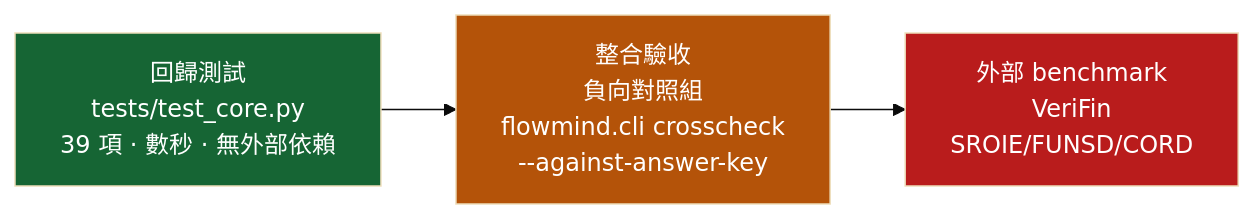
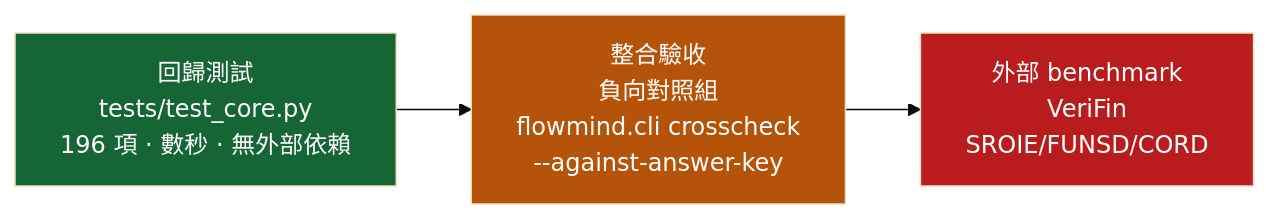
Before and after one commit to wajason/flowmind-ai: the eighth of 8 diagrams in docs/SDD.md, drawn with Mermaid (base theme). The commit also changed other lines of this file and 29 other files, not shown here.

````diff
--- a/docs/SDD.md
+++ b/docs/SDD.md
@@ -841,7 +843,7 @@
 ```mermaid
 flowchart LR
-    T1["回歸測試<br/>tests/test_core.py<br/>39 項 · 數秒 · 無外部依賴"] --> T2["整合驗收<br/>負向對照組<br/>flowmind.cli crosscheck<br/>--against-answer-key"] --> T3["外部 benchmark<br/>VeriFin<br/>SROIE/FUNSD/CORD"]
+    T1["回歸測試<br/>tests/test_core.py<br/>196 項 · 數秒 · 無外部依賴"] --> T2["整合驗收<br/>負向對照組<br/>flowmind.cli crosscheck<br/>--against-answer-key"] --> T3["外部 benchmark<br/>VeriFin<br/>SROIE/FUNSD/CORD"]
     style T1 fill:#166534,color:#fff
     style T2 fill:#b45309,color:#fff
     style T3 fill:#b91c1c,color:#fff
 ```
````
